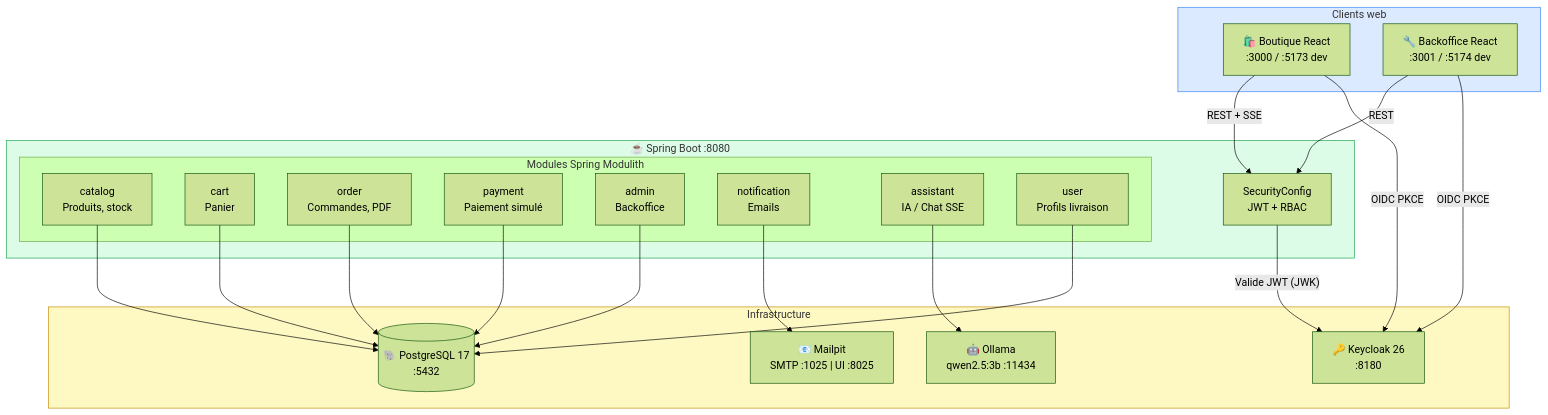
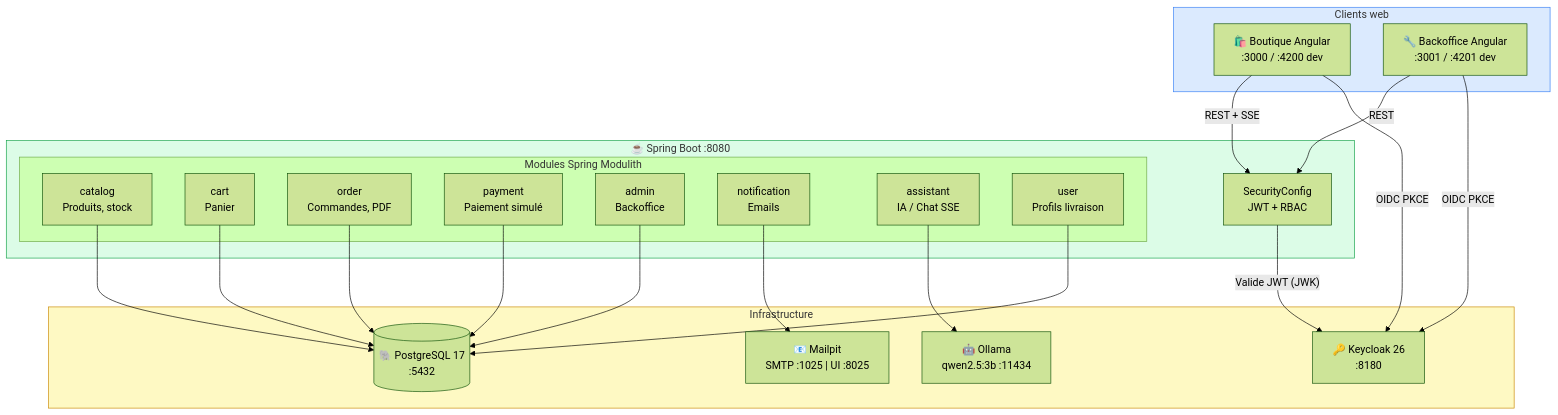
Before and after one commit to dbeaumont/macmarket: the diagram in docs/diagrams/architecture-globale.md, drawn with Mermaid (forest theme). The commit also changed 4 other files, not shown here.

First line of the commit message:
docs: corrige les diagrammes Mermaid pour la stack Angular

````diff
--- a/docs/diagrams/architecture-globale.md
+++ b/docs/diagrams/architecture-globale.md
@@ -5,47 +5,47 @@
 ```mermaid
 graph TB
     subgraph Clients["Clients web"]
-        SHOP["🛍️ Boutique React\n:3000 / :5173 dev"]
-        ADMIN["🔧 Backoffice React\n:3001 / :5174 dev"]
+        SHOP["🛍️ Boutique Angular\n:3000 / :4200 dev"]
+        ADMIN["🔧 Backoffice Angular\n:3001 / :4201 dev"]
     end
 
     subgraph Backend["☕ Spring Boot :8080"]
         SEC["SecurityConfig\nJWT + RBAC"]
         subgraph Modules["Modules Spring Modulith"]
             CAT["catalog\nProduits, stock"]
             CART["cart\nPanier"]
             ORD["order\nCommandes, PDF"]
             PAY["payment\nPaiement simulé"]
             ADM["admin\nBackoffice"]
             NOTIF["notification\nEmails"]
             ASST["assistant\nIA / Chat SSE"]
             USR["user\nProfils livraison"]
         end
     end
 
     subgraph Infra["Infrastructure"]
         PG[("🐘 PostgreSQL 17\n:5432")]
         KC["🔑 Keycloak 26\n:8180"]
         OLL["🤖 Ollama\nqwen2.5:3b :11434"]
         MAIL["📧 Mailpit\nSMTP :1025 | UI :8025"]
     end
 
     SHOP -- "REST + SSE" --> SEC
     ADMIN -- "REST" --> SEC
     SHOP -- "OIDC PKCE" --> KC
     ADMIN -- "OIDC PKCE" --> KC
     SEC -- "Valide JWT (JWK)" --> KC
 
     CAT --> PG
     CART --> PG
     ORD --> PG
     PAY --> PG
     ADM --> PG
     USR --> PG
     ASST --> OLL
     NOTIF --> MAIL
 
     style Clients fill:#dbeafe,stroke:#3b82f6
     style Backend fill:#dcfce7,stroke:#16a34a
     style Infra fill:#fef9c3,stroke:#ca8a04
 ```
````
